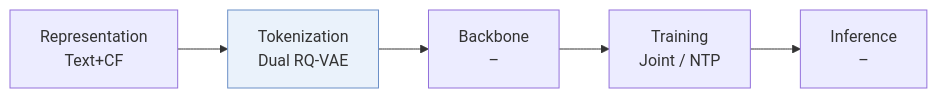
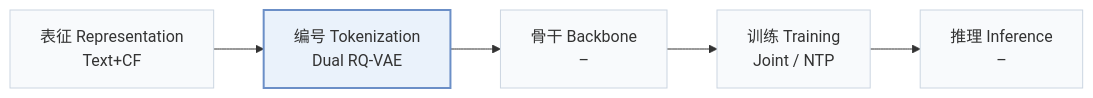
One commit to Galaxy-ghost/Awesome-SID-Generative-Rec changed the first of 2 diagrams in pages/zh/papers/flexcode.md. Above: the diagram before and after it, drawn with Mermaid. The commit also changed other lines of this file and 649 other files, not shown here.

Commit message:
writer-05: also tags and modality index (schema, check, build, visuals); summary field removed; calibration data for 12 papers

````diff
--- a/pages/zh/papers/flexcode.md
+++ b/pages/zh/papers/flexcode.md
@@ -13,6 +15,8 @@
 ```mermaid
 flowchart LR
-    R["Representation<br/>Text+CF"] --> T["Tokenization<br/>Dual RQ-VAE"] --> B["Backbone<br/>–"] --> TR["Training<br/>Joint / NTP"] --> I["Inference<br/>–"]
-    classDef main fill:#eaf2fb,stroke:#6b8fc7
+    R["表征 Representation<br/>Text+CF"] --> T["编号 Tokenization<br/>Dual RQ-VAE"] --> B["骨干 Backbone<br/>–"] --> TR["训练 Training<br/>Joint / NTP"] --> I["推理 Inference<br/>–"]
+    classDef base fill:#f8fafc,stroke:#cbd5e1
+    class R,T,B,TR,I base
+    classDef main fill:#eaf2fb,stroke:#6b8fc7,stroke-width:2px
     class T main
 ```
````
